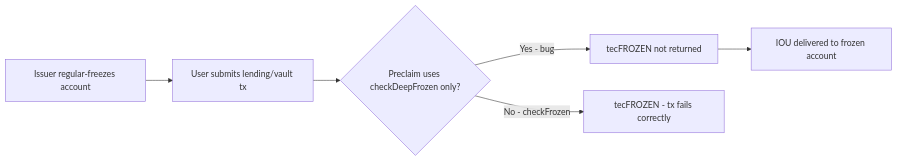
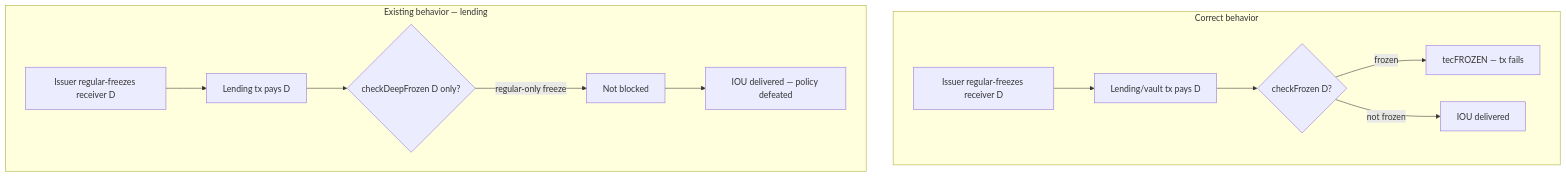
The first of 8 diagrams in _posts/2026-05-26-xrpl-rippled-open-p0-freeze-audit.md (agtico/agtico.github.io), drawn with Mermaid before and after one commit. The commit also changed other lines of this file, not shown here.

First line of the commit message:
Expand XRPL audit report with plain-English exploit guide and diagrams.

````diff
--- a/_posts/2026-05-26-xrpl-rippled-open-p0-freeze-audit.md
+++ b/_posts/2026-05-26-xrpl-rippled-open-p0-freeze-audit.md
@@ -103,8 +71,15 @@
 ```mermaid
-flowchart LR
-  A[Issuer regular-freezes account] --> B[User submits lending/vault tx]
-  B --> C{Preclaim uses checkDeepFrozen only?}
-  C -->|Yes - bug| D[tecFROZEN not returned]
-  D --> E[IOU delivered to frozen account]
-  C -->|No - checkFrozen| F[tecFROZEN - tx fails correctly]
+flowchart TB
+  subgraph correct [Correct behavior]
+    C1[Issuer regular-freezes receiver D] --> C2[Lending/vault tx pays D]
+    C2 --> C3{checkFrozen D?}
+    C3 -->|frozen| C4[tecFROZEN — tx fails]
+    C3 -->|not frozen| C5[IOU delivered]
+  end
+  subgraph broken [Existing behavior — lending]
+    B1[Issuer regular-freezes receiver D] --> B2[Lending tx pays D]
+    B2 --> B3{checkDeepFrozen D only?}
+    B3 -->|regular-only freeze| B4[Not blocked]
+    B4 --> B5[IOU delivered — policy defeated]
+  end
 ```
````
